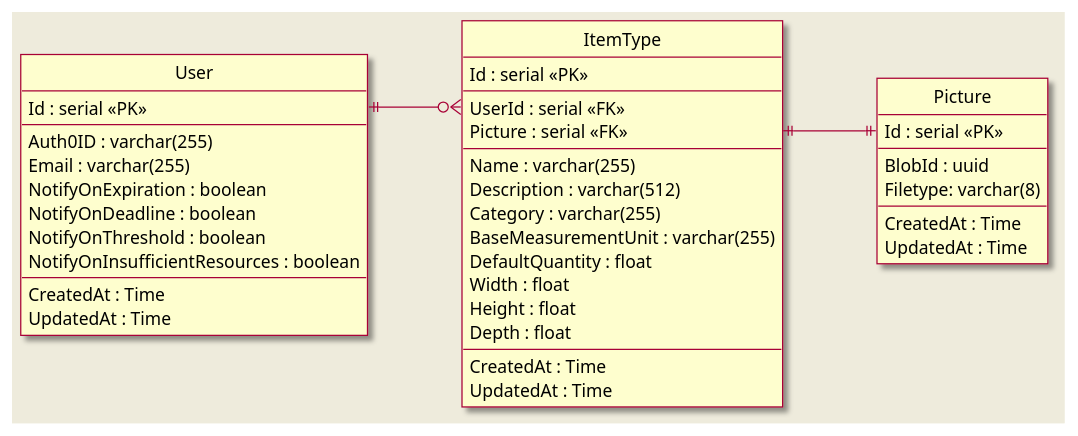
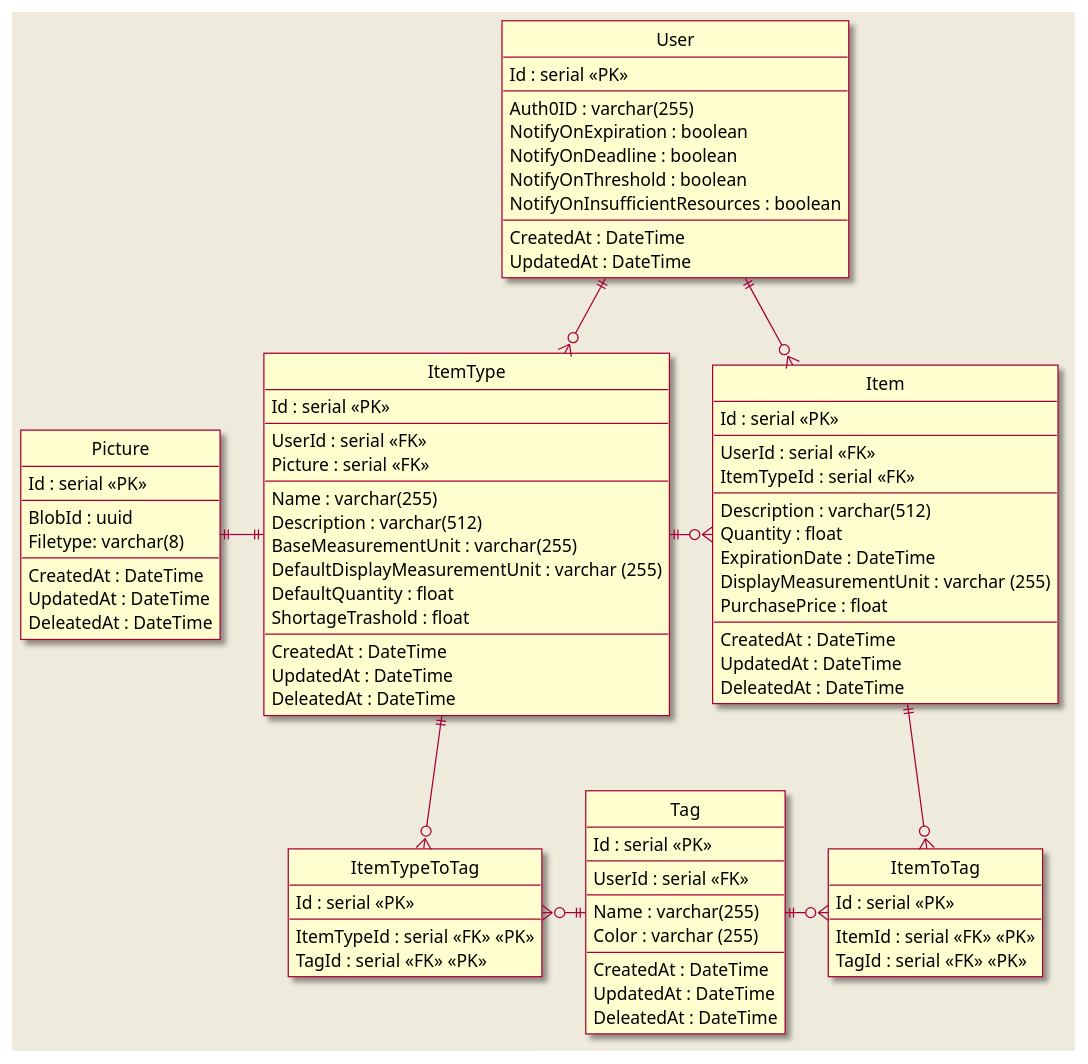
Before and after one commit to Lingers-3/project: the diagram in diagrams/logical-schema.pu, drawn with PlantUML. The commit also changed 7 other files, not shown here.

Commit message:
updated all diagrams

```diff
--- a/diagrams/logical-schema.pu
+++ b/diagrams/logical-schema.pu
@@ -1,53 +1,105 @@
 @startuml
 skin rose
 skinparam backgroundColor #EEEBDC
 hide circle
 /' skinparam linetype ortho '/
-left to right direction
+/' left to right direction '/
 
 entity User {
   Id : serial <<PK>>
   --
   Auth0ID : varchar(255)
-  Email : varchar(255)
   NotifyOnExpiration : boolean
   NotifyOnDeadline : boolean
   NotifyOnThreshold : boolean
   NotifyOnInsufficientResources : boolean
   --
-  CreatedAt : Time
-  UpdatedAt : Time
+  CreatedAt : DateTime
+  UpdatedAt : DateTime
 }
 
 entity ItemType {
   Id : serial <<PK>>
   --
   UserId : serial <<FK>>
   Picture : serial <<FK>>
   --
   Name : varchar(255)
   Description : varchar(512)
-  Category : varchar(255)
   BaseMeasurementUnit : varchar(255)
+  DefaultDisplayMeasurementUnit : varchar (255)
   DefaultQuantity : float
-  Width : float
-  Height : float
-  Depth : float
+  ShortageTrashold : float
   --
-  CreatedAt : Time
-  UpdatedAt : Time
+  CreatedAt : DateTime
+  UpdatedAt : DateTime
+  DeleatedAt : DateTime
 }
 
 entity Picture {
   Id : serial <<PK>>
   --
   BlobId : uuid
   Filetype: varchar(8)
   --
-  CreatedAt : Time
-  UpdatedAt : Time
+  CreatedAt : DateTime
+  UpdatedAt : DateTime
+  DeleatedAt : DateTime
 }
 
-User::Id ||--o{ ItemType::UserId
-ItemType::Picture ||--|| Picture::Id
+entity Item {
+  Id : serial <<PK>>
+  --
+  UserId : serial <<FK>>
+  ItemTypeId : serial <<FK>>
+  --
+  Description : varchar(512)
+  Quantity : float
+  ExpirationDate : DateTime
+  DisplayMeasurementUnit : varchar (255)
+  PurchasePrice : float
+  --
+  CreatedAt : DateTime
+  UpdatedAt : DateTime
+  DeleatedAt : DateTime
+}
+
+entity ItemToTag {
+  Id : serial <<PK>>
+  --
+  ItemId : serial <<FK>> <<PK>>
+  TagId : serial <<FK>> <<PK>>
+}
+
+entity ItemTypeToTag {
+  Id : serial <<PK>>
+  --
+  ItemTypeId : serial <<FK>> <<PK>>
+  TagId : serial <<FK>> <<PK>>
+}
+
+entity Tag {
+  Id : serial <<PK>>
+  --
+  UserId : serial <<FK>>
+  --
+  Name : varchar(255)
+  Color : varchar (255)
+  --
+  CreatedAt : DateTime
+  UpdatedAt : DateTime
+  DeleatedAt : DateTime
+}
+
+User ||-d-o{ ItemType
+User ||-d-o{ Item
+ItemType ||-l-|| Picture
+ItemType ||--r--o{ Item
+
+Item ||-d-o{ ItemToTag
+Tag ||-r-o{ ItemToTag
+
+ItemType ||-d-o{ ItemTypeToTag
+Tag ||-l-o{ ItemTypeToTag
+
 @enduml
```
